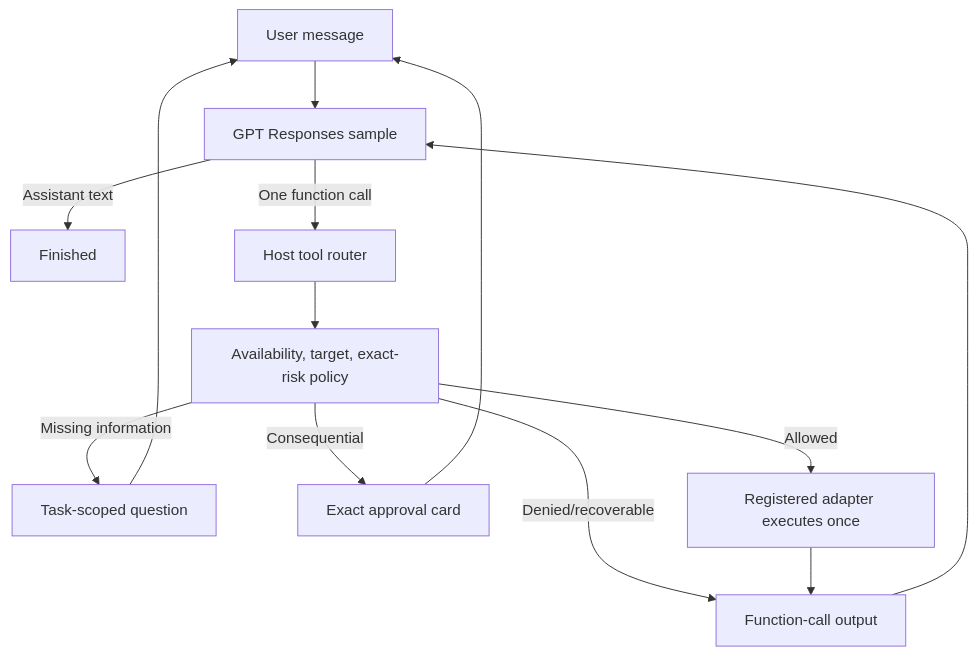
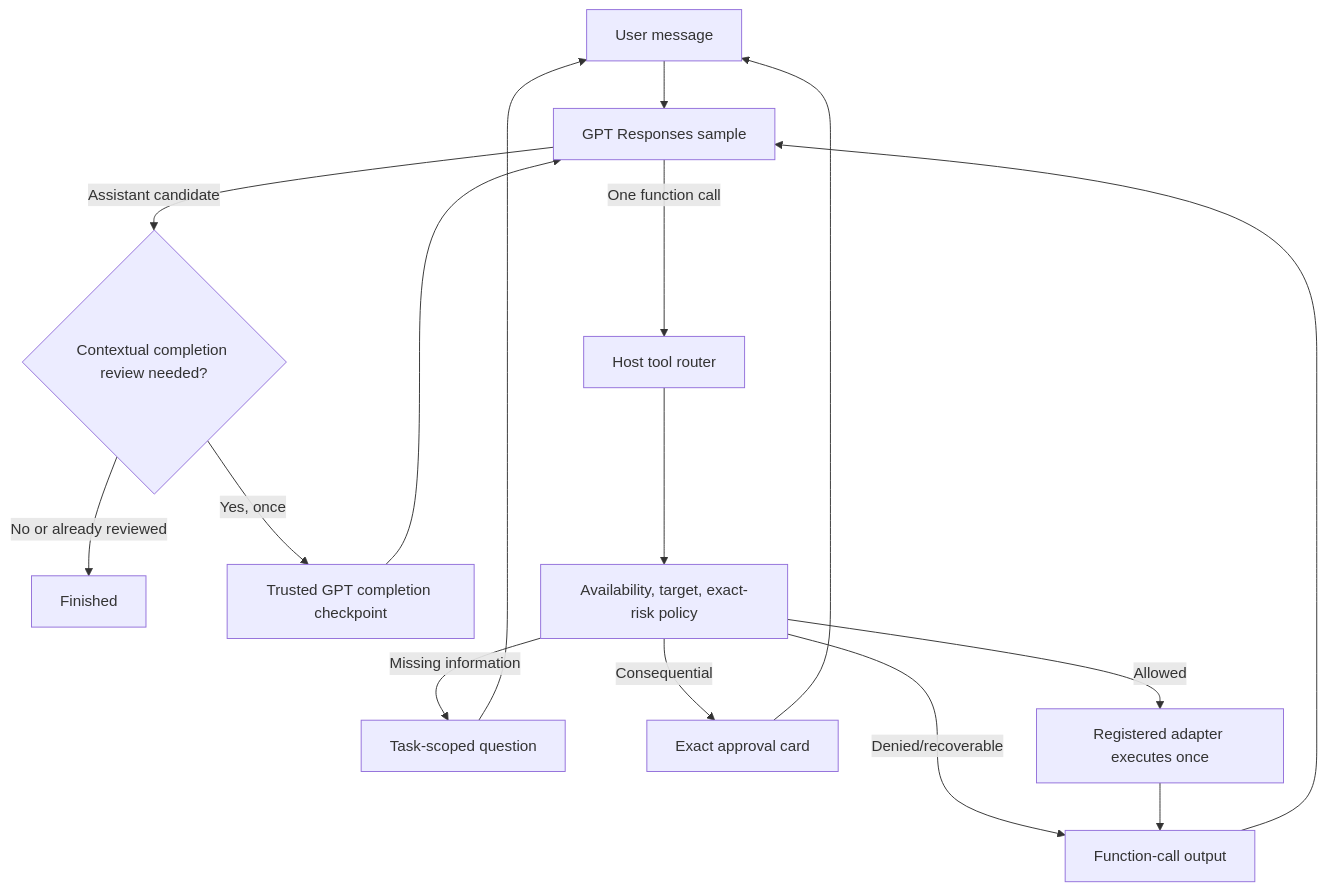
One commit to ducnguyen67201/TroCode changed the diagram in docs/conversational-task-execution.md. Above: the diagram before and after it, drawn with Mermaid. The commit also changed other lines of this file and 28 other files, not shown here.

````diff
--- a/docs/conversational-task-execution.md
+++ b/docs/conversational-task-execution.md
@@ -10,15 +10,18 @@
 ```mermaid
 flowchart TD
     USER["User message"] --> MODEL["GPT Responses sample"]
-    MODEL -->|"Assistant text"| DONE["Finished"]
+    MODEL -->|"Assistant candidate"| REVIEW{"Contextual completion review needed?"}
+    REVIEW -->|"No or already reviewed"| DONE["Finished"]
+    REVIEW -->|"Yes, once"| CHECK["Trusted GPT completion checkpoint"]
+    CHECK --> MODEL
     MODEL -->|"One function call"| ROUTER["Host tool router"]
     ROUTER --> POLICY["Availability, target, exact-risk policy"]
     POLICY -->|"Denied/recoverable"| OUTPUT["Function-call output"]
     POLICY -->|"Missing information"| ASK["Task-scoped question"]
     POLICY -->|"Consequential"| APPROVE["Exact approval card"]
     POLICY -->|"Allowed"| EXECUTE["Registered adapter executes once"]
     ASK --> USER
     APPROVE --> USER
     EXECUTE --> OUTPUT
     OUTPUT --> MODEL
 ```
````
